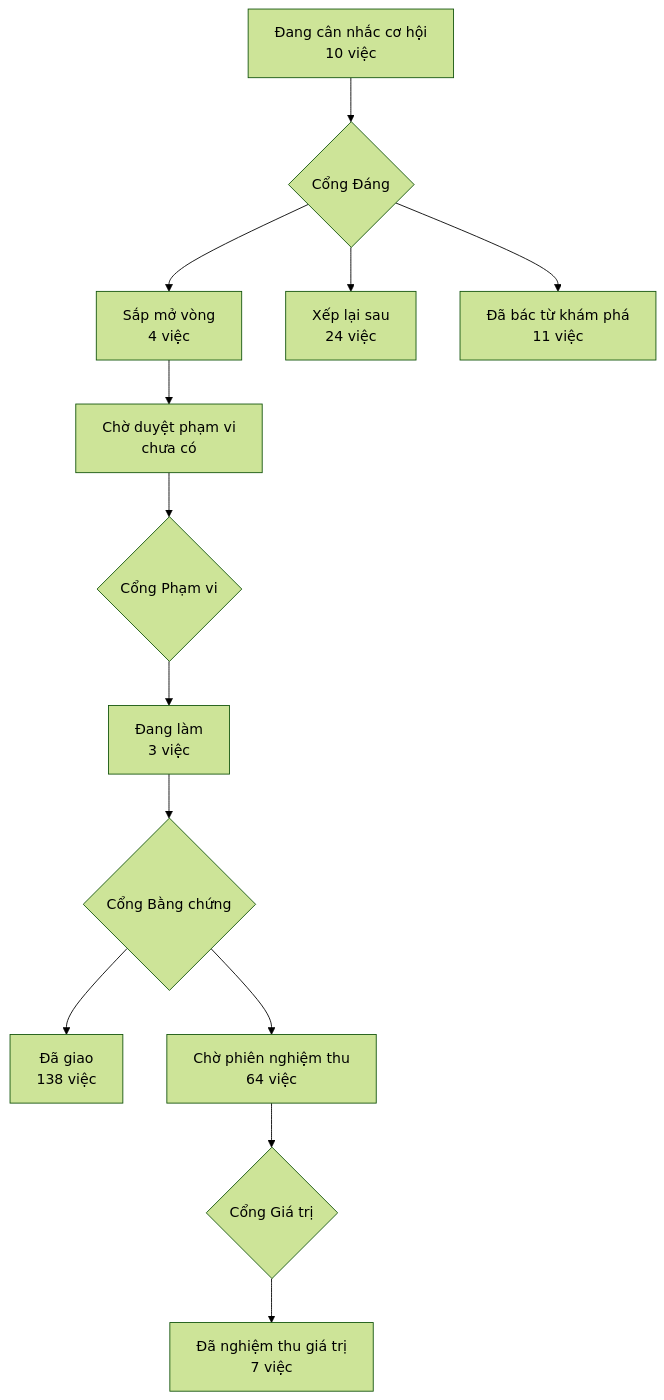
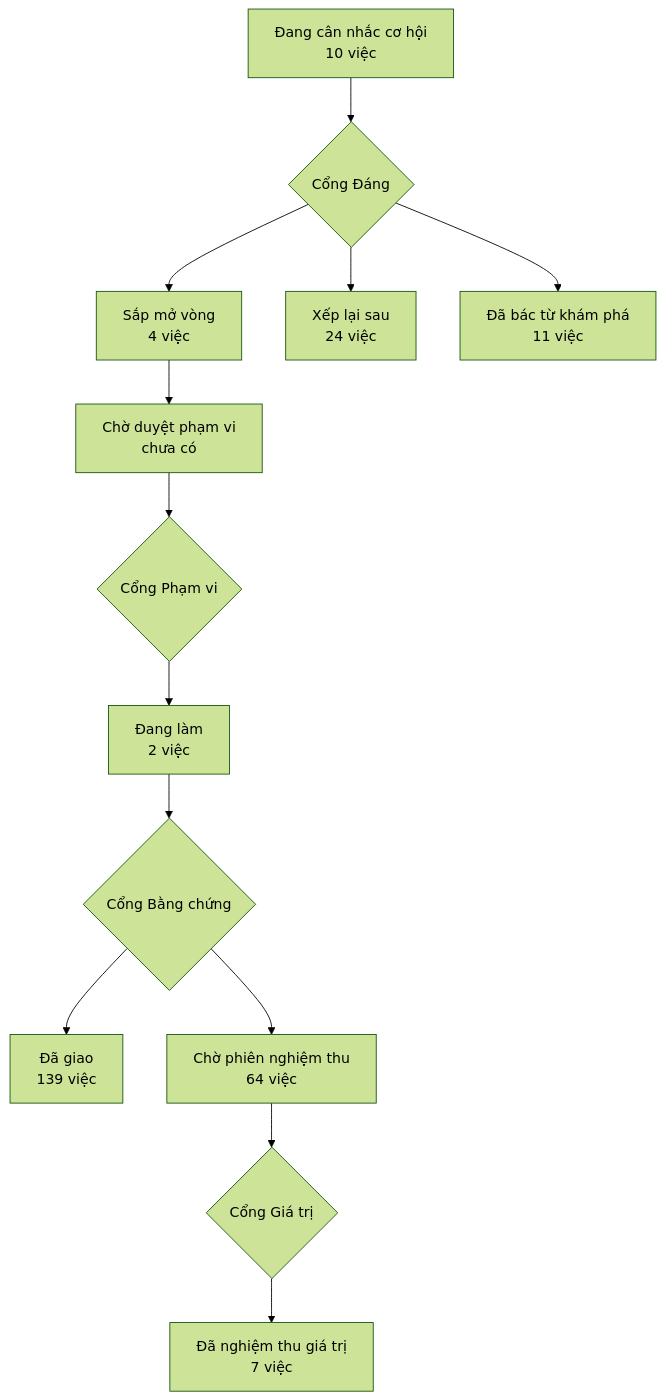
One commit to phanlemanh/acceptance-gate-kit changed the diagram in PRODUCT-MAP.md. Above: the diagram before and after it, drawn with Mermaid (forest theme). The commit also changed other lines of this file and 5 other files, not shown here.

````diff
--- a/PRODUCT-MAP.md
+++ b/PRODUCT-MAP.md
@@ -7,12 +7,12 @@
 ```mermaid
 flowchart TD
   A["Đang cân nhắc cơ hội<br/>10 việc"] --> GD{"Cổng Đáng"}
   GD --> B["Sắp mở vòng<br/>4 việc"]
   GD --> XL["Xếp lại sau<br/>24 việc"]
   GD --> DB["Đã bác từ khám phá<br/>11 việc"]
   B --> CD["Chờ duyệt phạm vi<br/>chưa có"] --> GP{"Cổng Phạm vi"}
-  GP --> DL["Đang làm<br/>3 việc"] --> GB{"Cổng Bằng chứng"}
-  GB --> DG["Đã giao<br/>138 việc"]
+  GP --> DL["Đang làm<br/>2 việc"] --> GB{"Cổng Bằng chứng"}
+  GB --> DG["Đã giao<br/>139 việc"]
   GB --> CN["Chờ phiên nghiệm thu<br/>64 việc"] --> GG{"Cổng Giá trị"}
   GG --> NT["Đã nghiệm thu giá trị<br/>7 việc"]
 ```
````
